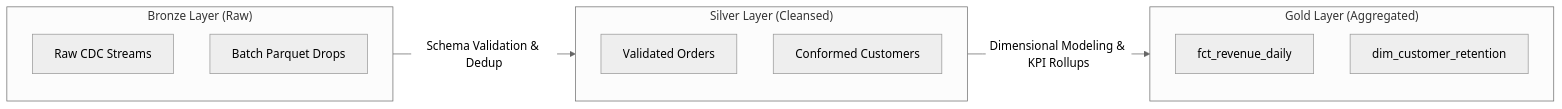
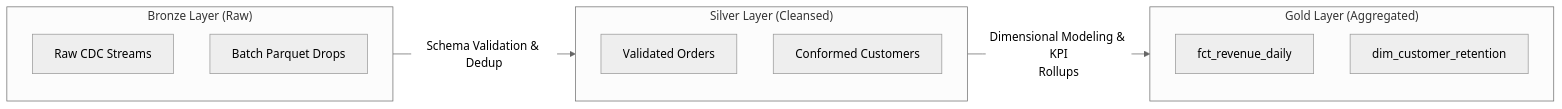
Before and after one commit to santoshjammi29/data-system-design-handbook: the diagram in modules/01_lakehouse_and_medallion_architecture/README.md, drawn with Mermaid (neutral theme). The commit also changed 15 other files, not shown here.

Commit message:
fix(diagrams): word-wrap labels and escape comparison operators across all diagrams

````diff
--- a/modules/01_lakehouse_and_medallion_architecture/README.md
+++ b/modules/01_lakehouse_and_medallion_architecture/README.md
@@ -11,17 +11,17 @@
 ```mermaid
 graph LR
     subgraph Bronze["Bronze Layer (Raw)"]
         B1["Raw CDC Streams"]
         B2["Batch Parquet Drops"]
     end
     subgraph Silver["Silver Layer (Cleansed)"]
         S1["Validated Orders"]
         S2["Conformed Customers"]
     end
     subgraph Gold["Gold Layer (Aggregated)"]
         G1["fct_revenue_daily"]
         G2["dim_customer_retention"]
     end
-    Bronze -->|Schema Validation & Dedup| Silver
-    Silver -->|Dimensional Modeling & KPI Rollups| Gold
+    Bronze -->|"Schema Validation & Dedup"| Silver
+    Silver -->|"Dimensional Modeling & KPI<br/>Rollups"| Gold
 ```
````
